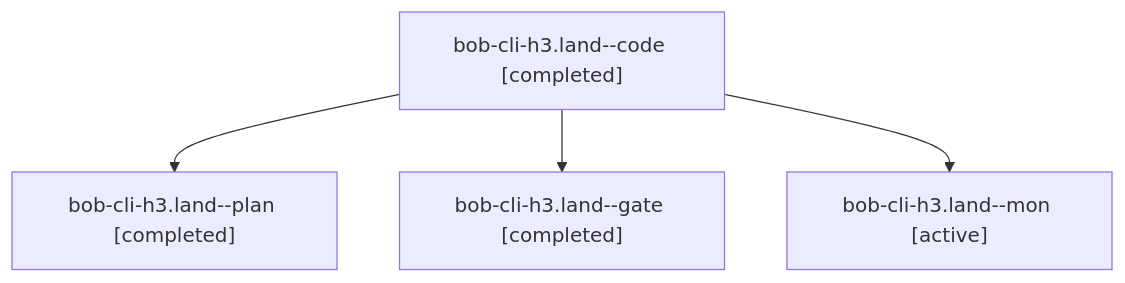
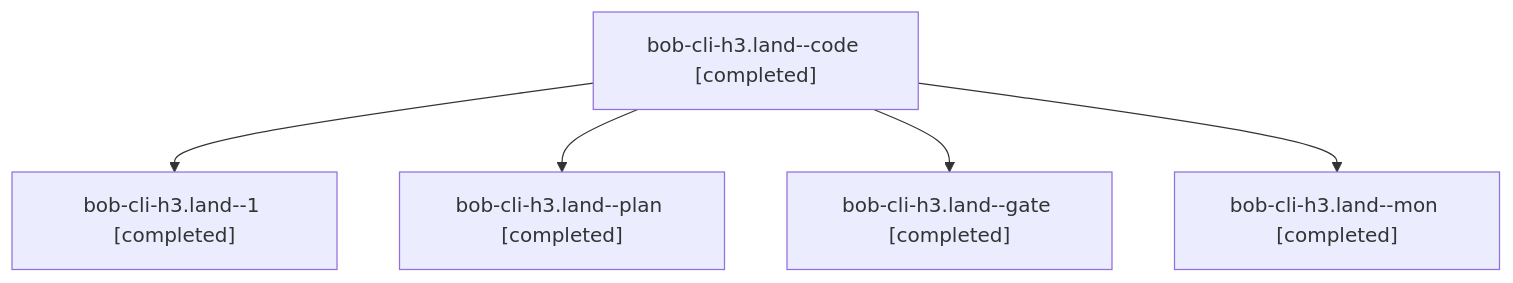
One commit to bobs-org/bob-cli--agents changed the diagram in sessions/bbugyi200.athena.bob-cli-h3.land.md. Above: the diagram before and after it, drawn with Mermaid. The commit also changed other lines of this file and 24 other files, not shown here.

````diff
--- a/sessions/bbugyi200.athena.bob-cli-h3.land.md
+++ b/sessions/bbugyi200.athena.bob-cli-h3.land.md
@@ -9,10 +9,12 @@
 ```mermaid
 flowchart TD
   n0["bob-cli-h3.land--code [completed]"]
-  n1["bob-cli-h3.land--plan [completed]"]
+  n1["bob-cli-h3.land--1 [completed]"]
   n0 --> n1
-  n2["bob-cli-h3.land--gate [completed]"]
+  n2["bob-cli-h3.land--plan [completed]"]
   n0 --> n2
-  n3["bob-cli-h3.land--mon [active]"]
+  n3["bob-cli-h3.land--gate [completed]"]
   n0 --> n3
+  n4["bob-cli-h3.land--mon [completed]"]
+  n0 --> n4
 ```
````
